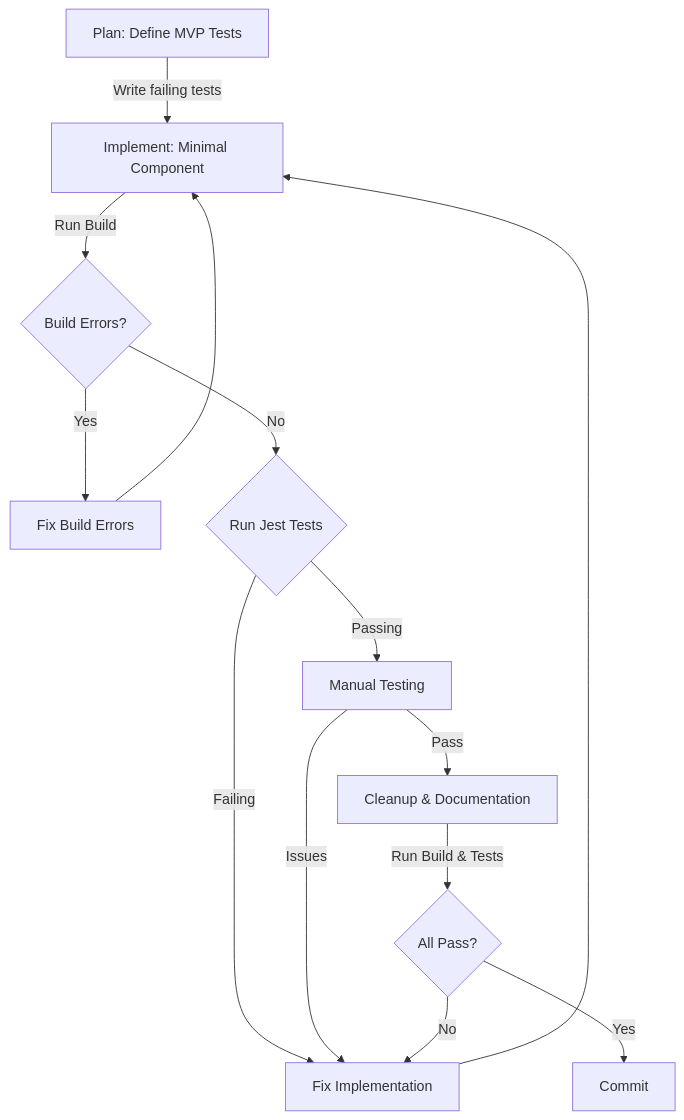
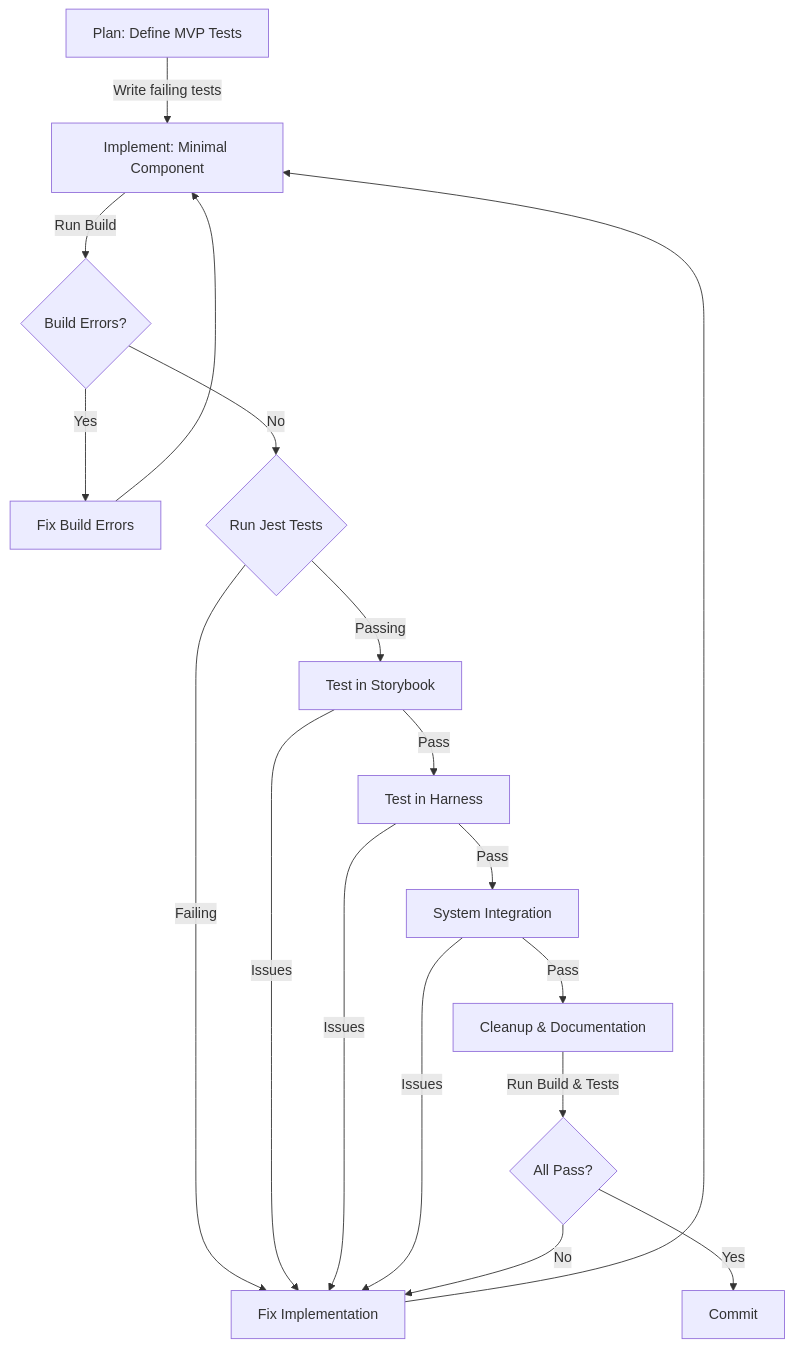
Before and after one commit to jerseycheese/Narraitor: the second of 2 diagrams in docs/development/workflows/tdd-with-kiss.md, drawn with Mermaid. The commit also changed other lines of this file and 36 other files, not shown here.

First line of the commit message:
chore(app/dev): cleanup test harness, mock provider, DeveloperControls and docs

````diff
--- a/docs/development/workflows/tdd-with-kiss.md
+++ b/docs/development/workflows/tdd-with-kiss.md
@@ -16,16 +43,20 @@
 ```mermaid
 graph TD
     A[Plan: Define MVP Tests] -->|Write failing tests| B[Implement: Minimal Component]
     B -->|Run Build| C{Build Errors?}
     C -->|Yes| D[Fix Build Errors]
     D --> B
     C -->|No| E{Run Jest Tests}
     E -->|Failing| F[Fix Implementation]
     F --> B
-    E -->|Passing| G[Manual Testing]
+    E -->|Passing| G[Test in Storybook]
     G -->|Issues| F
-    G -->|Pass| H[Cleanup & Documentation]
-    H -->|Run Build & Tests| I{All Pass?}
-    I -->|No| F
-    I -->|Yes| J[Commit]
+    G -->|Pass| H[Test in Harness]
+    H -->|Issues| F
+    H -->|Pass| I[System Integration]
+    I -->|Issues| F
+    I -->|Pass| J[Cleanup & Documentation]
+    J -->|Run Build & Tests| K{All Pass?}
+    K -->|No| F
+    K -->|Yes| L[Commit]
 ```
````
